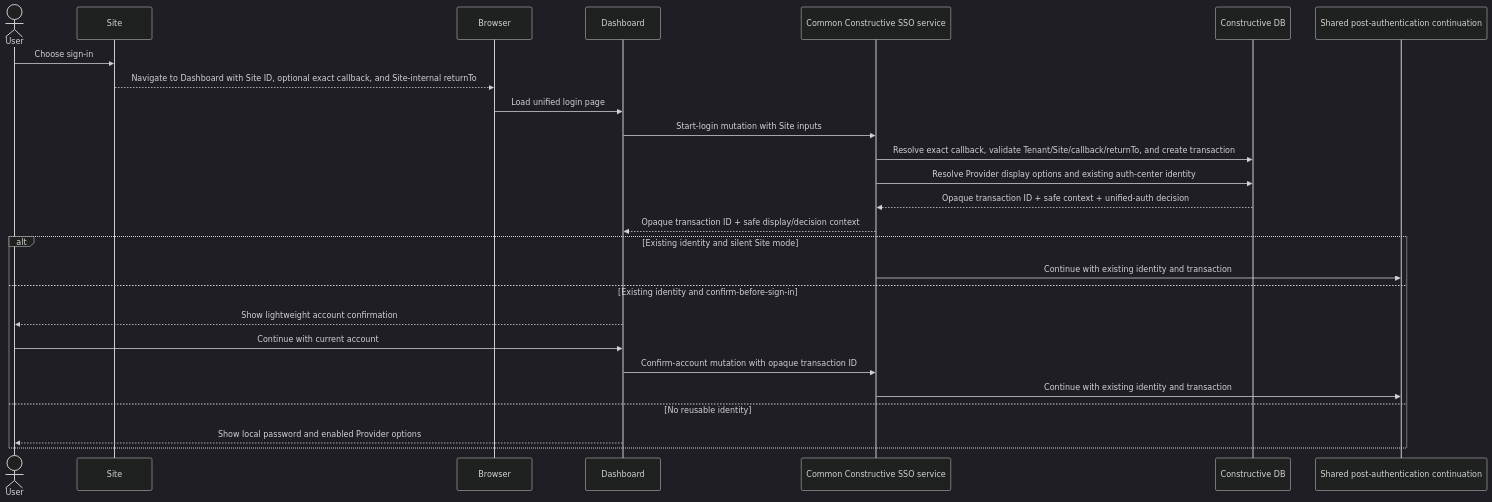
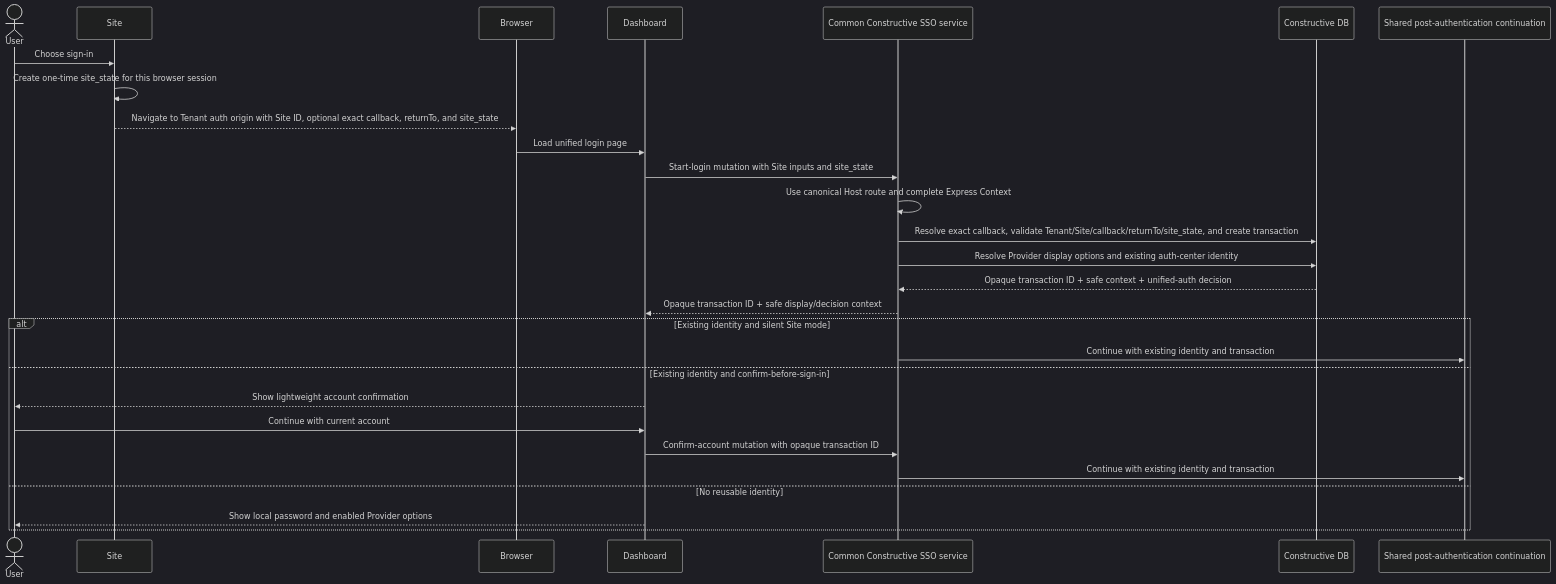
One commit to Zetazzz/Constructive changed the first of 4 diagrams in docs/spec/oauth-sso-platform-integration.md. Above: the diagram before and after it, drawn with Mermaid (dark theme). The commit also changed other lines of this file and 4 other files, not shown here.

````diff
--- a/docs/spec/oauth-sso-platform-integration.md
+++ b/docs/spec/oauth-sso-platform-integration.md
@@ -69,29 +75,31 @@
 ```mermaid
 sequenceDiagram
     actor U as User
     participant S as Site
     participant B as Browser
     participant D as Dashboard
     participant C as Common Constructive SSO service
     participant DB as Constructive DB
     participant P as Shared post-authentication continuation
 
     U->>S: Choose sign-in
-    S-->>B: Navigate to Dashboard with Site ID, optional exact callback, and Site-internal returnTo
+    S->>S: Create one-time site_state for this browser session
+    S-->>B: Navigate to Tenant auth origin with Site ID, optional exact callback, returnTo, and site_state
     B->>D: Load unified login page
-    D->>C: Start-login mutation with Site inputs
-    C->>DB: Resolve exact callback, validate Tenant/Site/callback/returnTo, and create transaction
+    D->>C: Start-login mutation with Site inputs and site_state
+    C->>C: Use canonical Host route and complete Express Context
+    C->>DB: Resolve exact callback, validate Tenant/Site/callback/returnTo/site_state, and create transaction
     C->>DB: Resolve Provider display options and existing auth-center identity
     DB-->>C: Opaque transaction ID + safe context + unified-auth decision
     C-->>D: Opaque transaction ID + safe display/decision context
     alt Existing identity and silent Site mode
         C->>P: Continue with existing identity and transaction
     else Existing identity and confirm-before-sign-in
         D-->>U: Show lightweight account confirmation
         U->>D: Continue with current account
         D->>C: Confirm-account mutation with opaque transaction ID
         C->>P: Continue with existing identity and transaction
     else No reusable identity
         D-->>U: Show local password and enabled Provider options
     end
 ```
````
